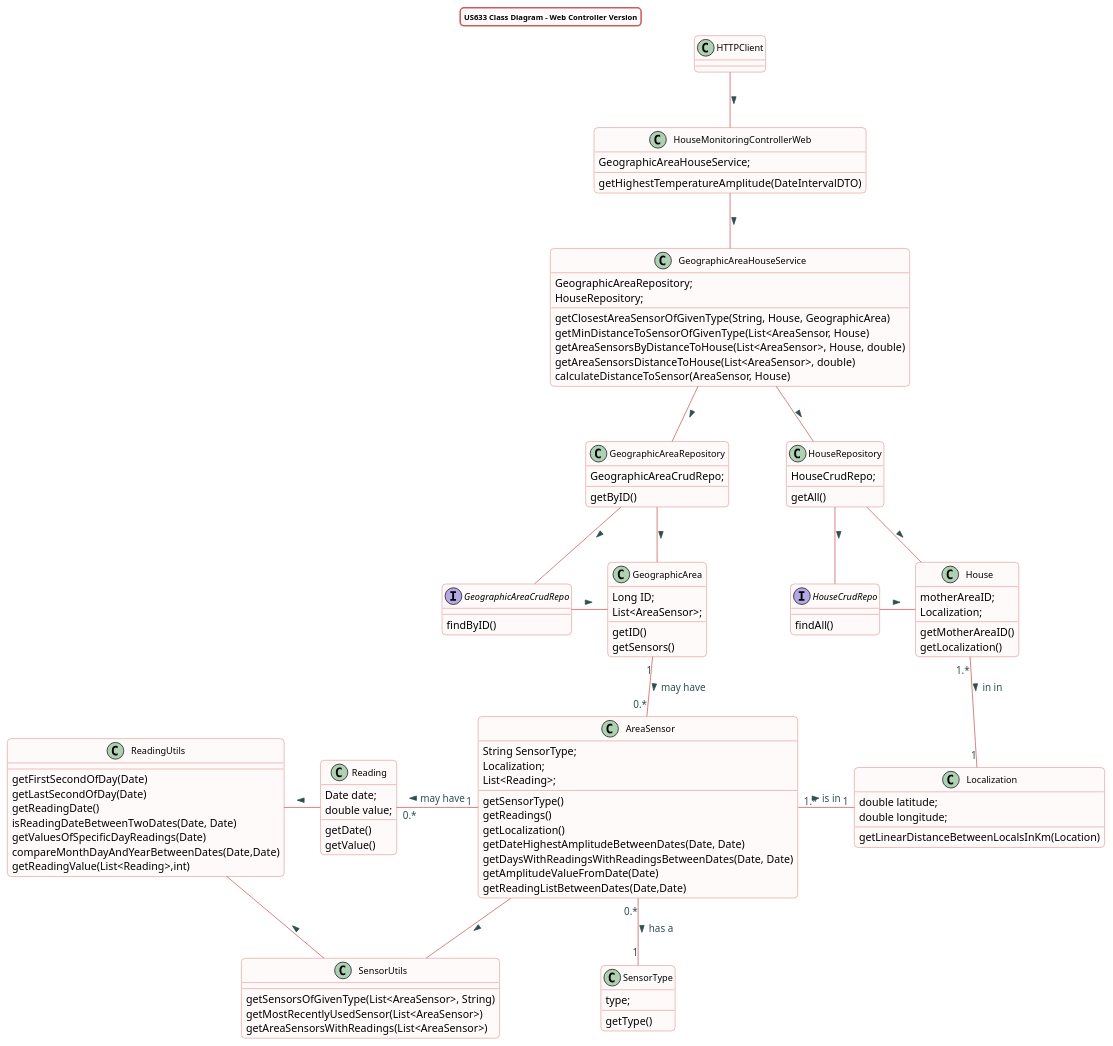
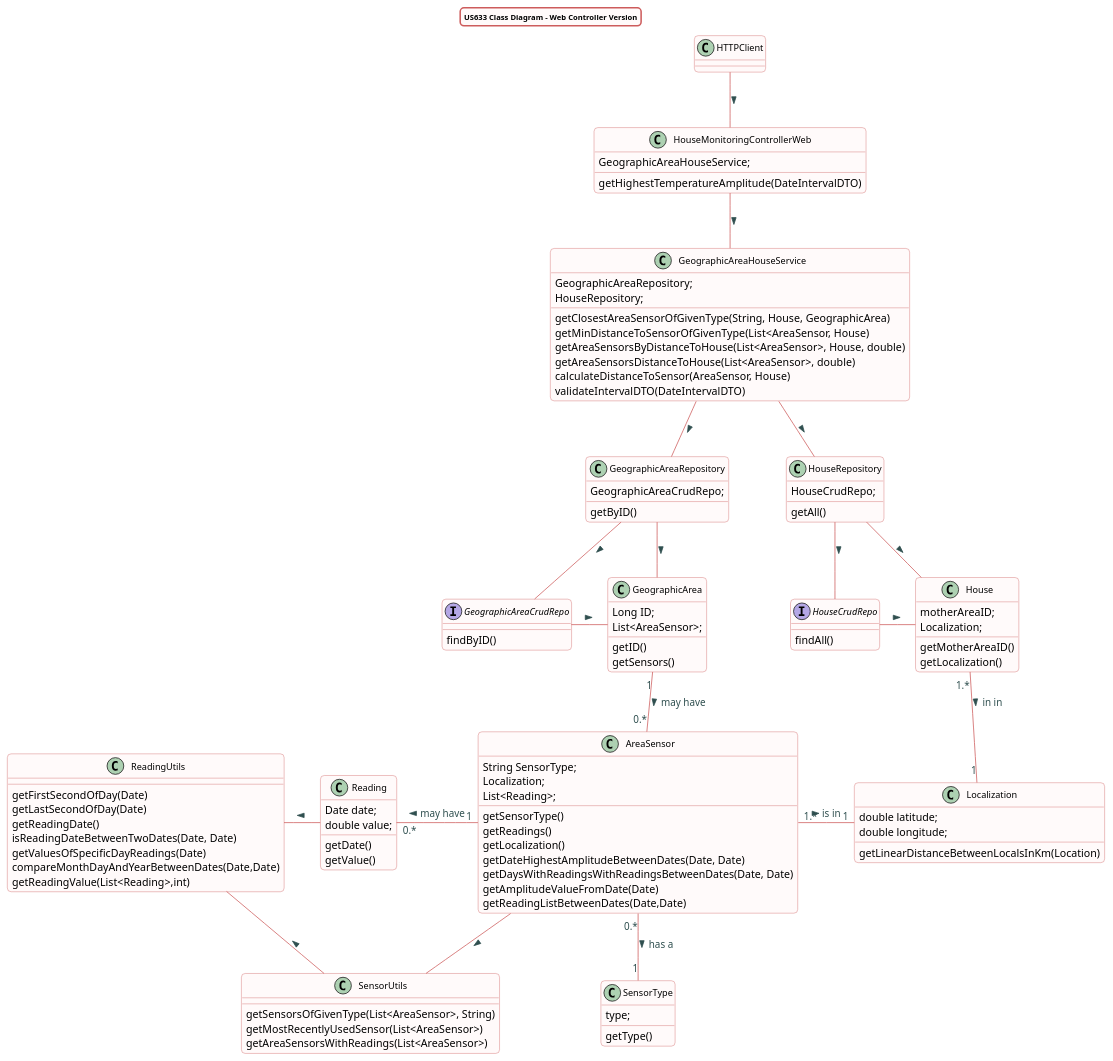
Before and after one commit to Almadanmp/project: the diagram in src/doc/WEB_Controllers/HouseMonitoring/US633/US633_cd_HouseMonitoring.puml, drawn with PlantUML.

Commit message:
REF #372 updates sequence Diagram - US633

```diff
--- a/src/doc/WEB_Controllers/HouseMonitoring/US633/US633_cd_HouseMonitoring.puml
+++ b/src/doc/WEB_Controllers/HouseMonitoring/US633/US633_cd_HouseMonitoring.puml
@@ -1,142 +1,143 @@
 @startuml
 title US633 Class Diagram - Web Controller Version
 
 skinparam titleBorderRoundCorner 10
 skinparam titleBorderThickness 2
 skinparam titleBorderColor indianred
 skinparam titleBackgroundColor Snow
 skinparam FontName quicksand
 skinparam titleFontSize 10
 skinparam roundcorner 10
 
 
 skinparam class {
  BorderColor indianred
  BackgroundColor indianred
  BackgroundColor Snow
   roundcorner 10
   ArrowFontName Verdana
   ArrowColor indianred
   ArrowFontColor darkslategrey
   FontSize 12
 }
 
 
 
 HTTPClient -- HouseMonitoringControllerWeb : >
 HouseMonitoringControllerWeb -- GeographicAreaHouseService : >
 GeographicAreaHouseService -- GeographicAreaRepository : >
 GeographicAreaRepository -- GeographicAreaCrudRepo : >
 GeographicAreaRepository -- GeographicArea : >
 GeographicAreaCrudRepo -right- GeographicArea : >
 GeographicAreaHouseService -- HouseRepository : >
 HouseRepository -- HouseCrudRepo : >
 HouseRepository -- House : >
 HouseCrudRepo -right- House : >
 GeographicArea "1" -- "0.*" AreaSensor : may have >
 House"1.*" -right- "1" Localization : in in >
 AreaSensor"1.*" -right- "1" Localization : is in >
 AreaSensor "1" -left- "0.*" Reading : may have >
 AreaSensor -- SensorUtils : >
 AreaSensor"0.*" -- "1"SensorType : has a >
 Reading -left- ReadingUtils : >
 SensorUtils -left- ReadingUtils : >
 
 class HouseMonitoringControllerWeb {
 GeographicAreaHouseService;
 getHighestTemperatureAmplitude(DateIntervalDTO)
 }
 
 class GeographicAreaHouseService{
 GeographicAreaRepository;
 HouseRepository;
 getClosestAreaSensorOfGivenType(String, House, GeographicArea)
 getMinDistanceToSensorOfGivenType(List<AreaSensor, House)
 getAreaSensorsByDistanceToHouse(List<AreaSensor>, House, double)
 getAreaSensorsDistanceToHouse(List<AreaSensor>, double)
 calculateDistanceToSensor(AreaSensor, House)
+validateIntervalDTO(DateIntervalDTO)
 }
 
 class House{
 motherAreaID;
 Localization;
 getMotherAreaID()
 getLocalization()
 }
 
 class GeographicArea{
 Long ID;
 List<AreaSensor>;
 getID()
 getSensors()
 }
 
 class SensorUtils{
 getSensorsOfGivenType(List<AreaSensor>, String)
 getMostRecentlyUsedSensor(List<AreaSensor>)
 getAreaSensorsWithReadings(List<AreaSensor>)
 }
 
 class AreaSensor{
 String SensorType;
 Localization;
 List<Reading>;
 getSensorType()
 getReadings()
 getLocalization()
 getDateHighestAmplitudeBetweenDates(Date, Date)
 getDaysWithReadingsWithReadingsBetweenDates(Date, Date)
 getAmplitudeValueFromDate(Date)
 getReadingListBetweenDates(Date,Date)
 }
 
 class SensorType{
 type;
 getType()
 }
 
 class Localization{
 double latitude;
 double longitude;
 getLinearDistanceBetweenLocalsInKm(Location)
 }
 
 class ReadingUtils{
 getFirstSecondOfDay(Date)
 getLastSecondOfDay(Date)
 getReadingDate()
 isReadingDateBetweenTwoDates(Date, Date)
 getValuesOfSpecificDayReadings(Date)
 compareMonthDayAndYearBetweenDates(Date,Date)
 getReadingValue(List<Reading>,int)
 }
 
 class Reading{
 Date date;
 double value;
 getDate()
 getValue()
 }
 
 class GeographicAreaRepository{
 GeographicAreaCrudRepo;
 getByID()
 }
 
 Interface GeographicAreaCrudRepo{
 findByID()
 }
 
 class HouseRepository{
 HouseCrudRepo;
 getAll()
 }
 
 Interface HouseCrudRepo{
 findAll()
 }
 
 
 
 
 @enduml
```
